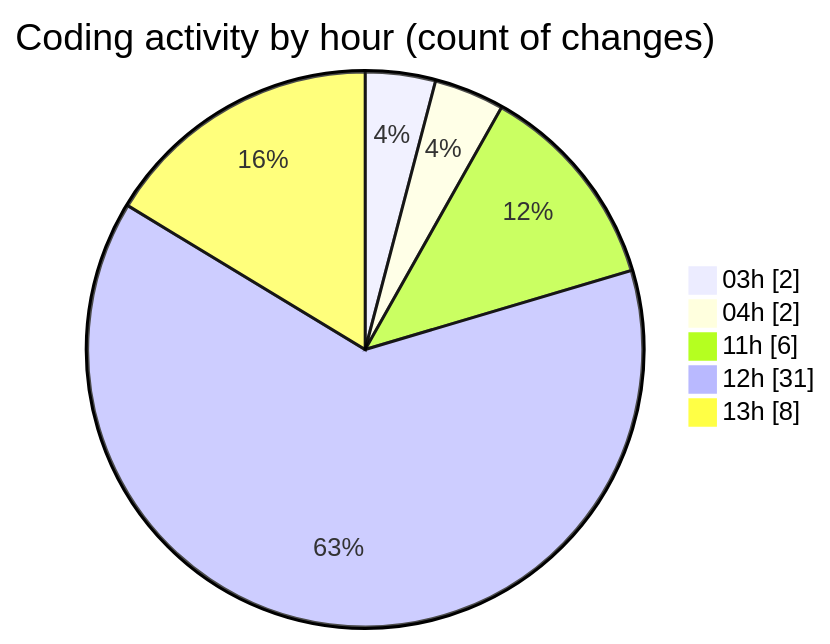
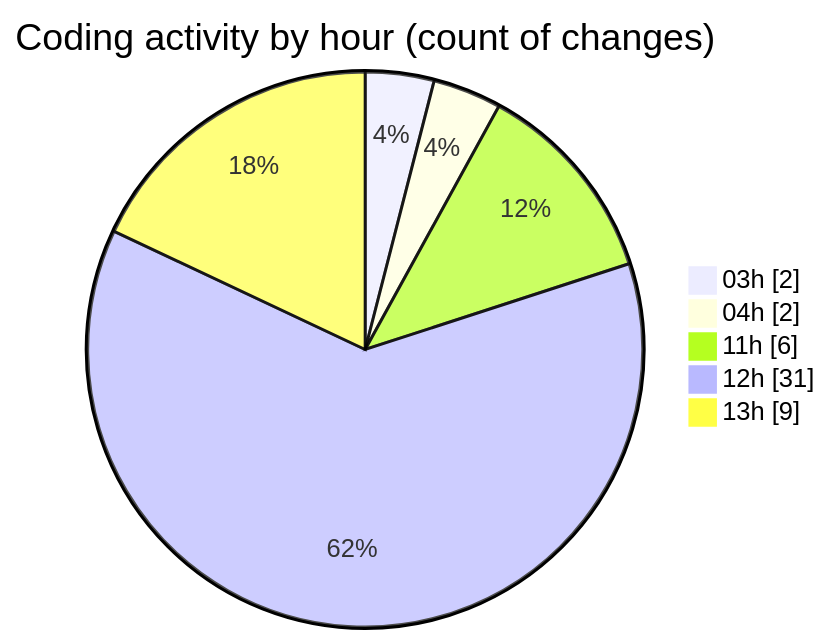
One commit to FelipKnott/code-tracking changed the second of 2 diagrams in 2025-07-04/cursor/README.md. Above: the diagram before and after it, drawn with Mermaid. The commit also changed other lines of this file and 1 other file, not shown here.

````diff
--- a/2025-07-04/cursor/README.md
+++ b/2025-07-04/cursor/README.md
@@ -45,9 +45,9 @@
 ```mermaid
 pie showData
 title Coding activity by hour (count of changes)
 "03h" : 2
 "04h" : 2
 "11h" : 6
 "12h" : 31
-"13h" : 8
+"13h" : 9
 ```
````
